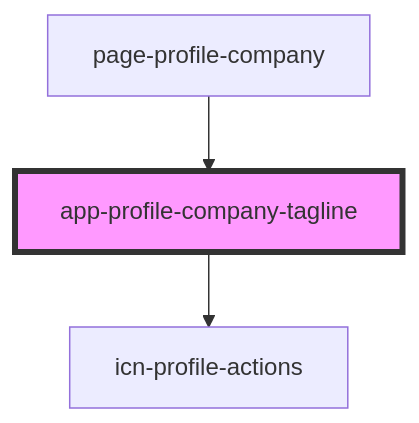
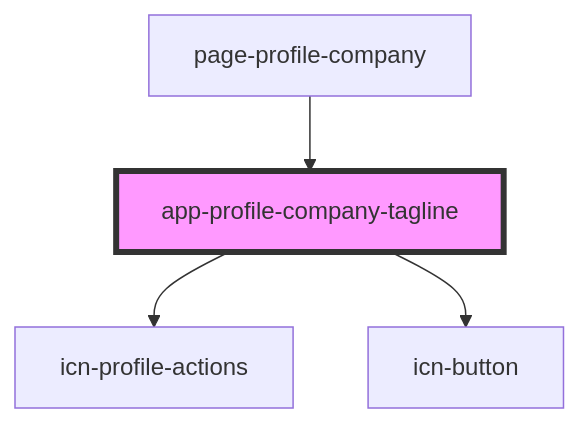
One commit to lokheed/IconEventNetwork.Web changed the diagram in iconeventnetwork-web/src/components/app-profile-company-tagline/readme.md. Above: the diagram before and after it, drawn with Mermaid. The commit also changed other lines of this file and 61 other files, not shown here.

First line of the commit message:
Created icn-button component

````diff
--- a/iconeventnetwork-web/src/components/app-profile-company-tagline/readme.md
+++ b/iconeventnetwork-web/src/components/app-profile-company-tagline/readme.md
@@ -27,6 +28,7 @@
 ```mermaid
 graph TD;
   app-profile-company-tagline --> icn-profile-actions
+  app-profile-company-tagline --> icn-button
   page-profile-company --> app-profile-company-tagline
   style app-profile-company-tagline fill:#f9f,stroke:#333,stroke-width:4px
 ```
````
